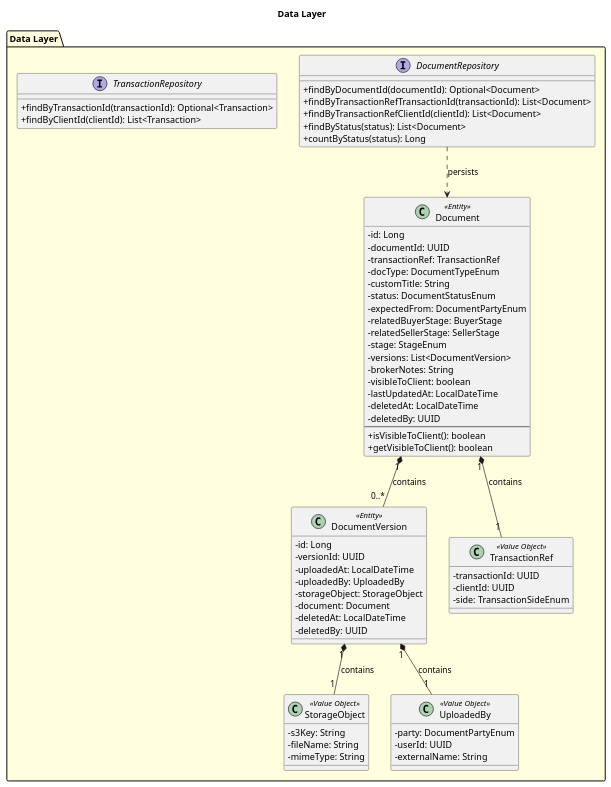
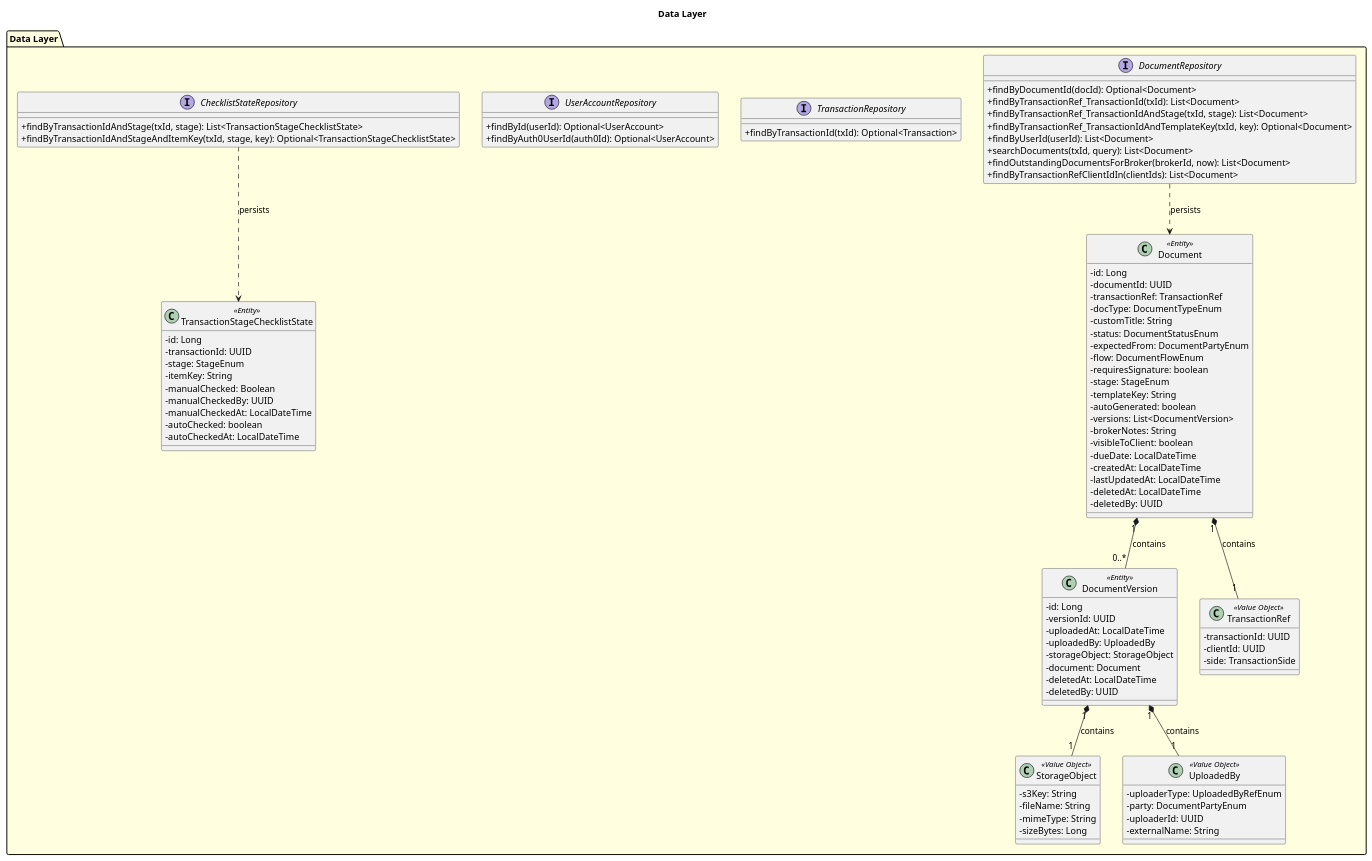
Before and after one commit to CourtierPro/CourtierPro: the diagram in docs/PersonalUseCase/Shawn/ManageTransactionDocuments/Artifacts/DesignLevelClassDiagramChunks/DataLayer.puml, drawn with PlantUML. The commit also changed 34 other files, not shown here.

Commit message:
Diagrams updated

```diff
--- a/docs/PersonalUseCase/Shawn/ManageTransactionDocuments/Artifacts/DesignLevelClassDiagramChunks/DataLayer.puml
+++ b/docs/PersonalUseCase/Shawn/ManageTransactionDocuments/Artifacts/DesignLevelClassDiagramChunks/DataLayer.puml
@@ -1,79 +1,107 @@
 @startuml DataLayer
 skinparam classAttributeIconSize 0
 
 title Data Layer
 
 package "Data Layer" #LightYellow {
   interface DocumentRepository {
-    + findByDocumentId(documentId): Optional<Document>
-    + findByTransactionRefTransactionId(transactionId): List<Document>
-    + findByTransactionRefClientId(clientId): List<Document>
-    + findByStatus(status): List<Document>
-    + countByStatus(status): Long
+    + findByDocumentId(docId): Optional<Document>
+    + findByTransactionRef_TransactionId(txId): List<Document>
+    + findByTransactionRef_TransactionIdAndStage(txId, stage): List<Document>
+    + findByTransactionRef_TransactionIdAndTemplateKey(txId, key): Optional<Document>
+    + findByUserId(userId): List<Document>
+    + searchDocuments(txId, query): List<Document>
+    + findOutstandingDocumentsForBroker(brokerId, now): List<Document>
+    + findByTransactionRefClientIdIn(clientIds): List<Document>
   }
-  
+
   interface TransactionRepository {
-    + findByTransactionId(transactionId): Optional<Transaction>
-    + findByClientId(clientId): List<Transaction>
+    + findByTransactionId(txId): Optional<Transaction>
   }
-  
+
+  interface UserAccountRepository {
+    + findById(userId): Optional<UserAccount>
+    + findByAuth0UserId(auth0Id): Optional<UserAccount>
+  }
+
+  interface ChecklistStateRepository {
+    + findByTransactionIdAndStage(txId, stage): List<TransactionStageChecklistState>
+    + findByTransactionIdAndStageAndItemKey(txId, stage, key): Optional<TransactionStageChecklistState>
+  }
+
   class Document <<Entity>> {
     - id: Long
     - documentId: UUID
     - transactionRef: TransactionRef
     - docType: DocumentTypeEnum
     - customTitle: String
     - status: DocumentStatusEnum
     - expectedFrom: DocumentPartyEnum
-    - relatedBuyerStage: BuyerStage
-    - relatedSellerStage: SellerStage
+    - flow: DocumentFlowEnum
+    - requiresSignature: boolean
     - stage: StageEnum
+    - templateKey: String
+    - autoGenerated: boolean
     - versions: List<DocumentVersion>
     - brokerNotes: String
     - visibleToClient: boolean
+    - dueDate: LocalDateTime
+    - createdAt: LocalDateTime
     - lastUpdatedAt: LocalDateTime
     - deletedAt: LocalDateTime
     - deletedBy: UUID
-    --
-    + isVisibleToClient(): boolean
-    + getVisibleToClient(): boolean
   }
-  
+
   class DocumentVersion <<Entity>> {
     - id: Long
     - versionId: UUID
     - uploadedAt: LocalDateTime
     - uploadedBy: UploadedBy
     - storageObject: StorageObject
     - document: Document
     - deletedAt: LocalDateTime
     - deletedBy: UUID
   }
-  
+
+  class TransactionStageChecklistState <<Entity>> {
+    - id: Long
+    - transactionId: UUID
+    - stage: StageEnum
+    - itemKey: String
+    - manualChecked: Boolean
+    - manualCheckedBy: UUID
+    - manualCheckedAt: LocalDateTime
+    - autoChecked: boolean
+    - autoCheckedAt: LocalDateTime
+  }
+
   class TransactionRef <<Value Object>> {
     - transactionId: UUID
     - clientId: UUID
-    - side: TransactionSideEnum
+    - side: TransactionSide
   }
-  
+
   class StorageObject <<Value Object>> {
     - s3Key: String
     - fileName: String
     - mimeType: String
+    - sizeBytes: Long
   }
-  
+
   class UploadedBy <<Value Object>> {
+    - uploaderType: UploadedByRefEnum
     - party: DocumentPartyEnum
-    - userId: UUID
+    - uploaderId: UUID
     - externalName: String
   }
-  
+
   ' Intra-package relationships
   DocumentRepository ..> Document : persists
+  ChecklistStateRepository ..> TransactionStageChecklistState : persists
   Document "1" *-- "1" TransactionRef : contains
   Document "1" *-- "0..*" DocumentVersion : contains
   DocumentVersion "1" *-- "1" StorageObject : contains
   DocumentVersion "1" *-- "1" UploadedBy : contains
 }
 
 @enduml
```
